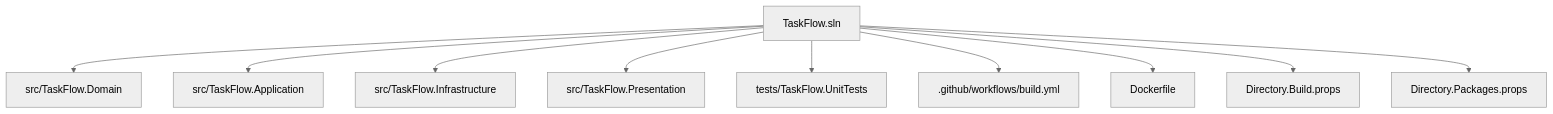
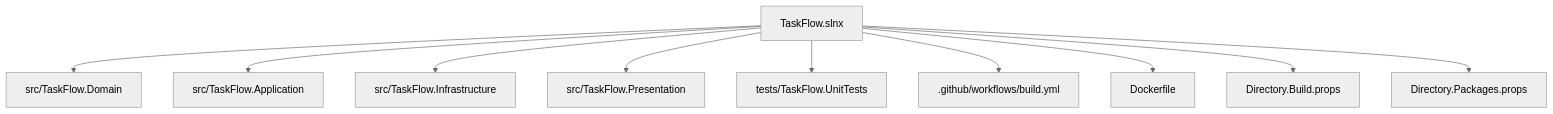
One commit to vip32/TaskFlow changed diagram 17 of 17 in docs/SYSTEMDESIGN.md. Above: the diagram before and after it, drawn with Mermaid (neutral theme). The commit also changed other lines of this file and 12 other files, not shown here.

````diff
--- a/docs/SYSTEMDESIGN.md
+++ b/docs/SYSTEMDESIGN.md
@@ -1691,12 +1674,12 @@
 ```mermaid
 flowchart TD
-    Root["TaskFlow.sln"] --> Domain["src/TaskFlow.Domain"]
+    Root["TaskFlow.slnx"] --> Domain["src/TaskFlow.Domain"]
     Root --> Application["src/TaskFlow.Application"]
     Root --> Infrastructure["src/TaskFlow.Infrastructure"]
     Root --> Presentation["src/TaskFlow.Presentation"]
     Root --> Tests["tests/TaskFlow.UnitTests"]
     Root --> CI[".github/workflows/build.yml"]
     Root --> Docker["Dockerfile"]
     Root --> BuildProps["Directory.Build.props"]
     Root --> PackageProps["Directory.Packages.props"]
 ```
````
